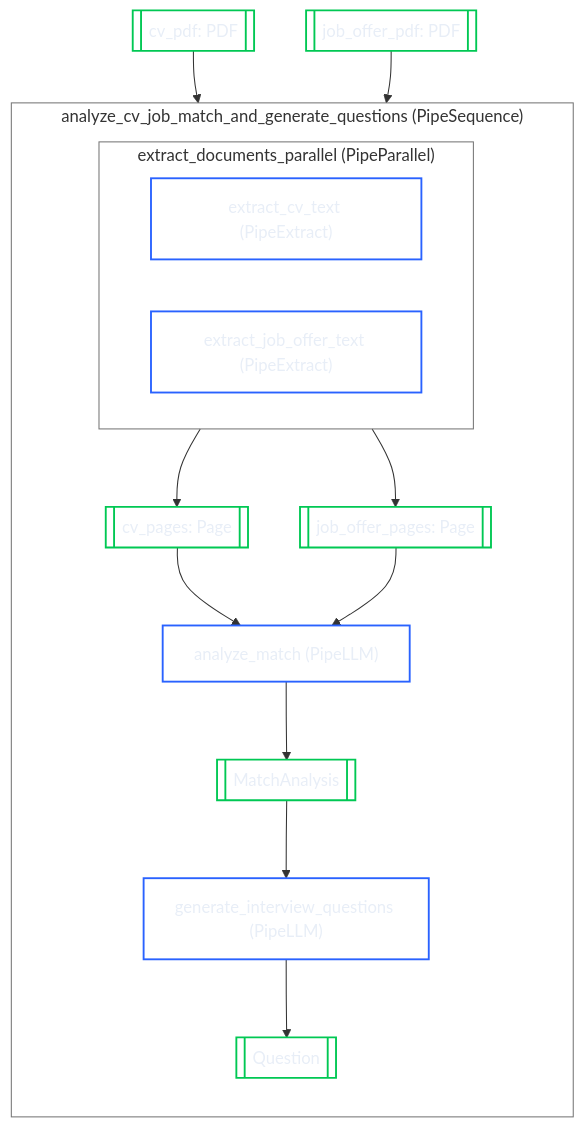
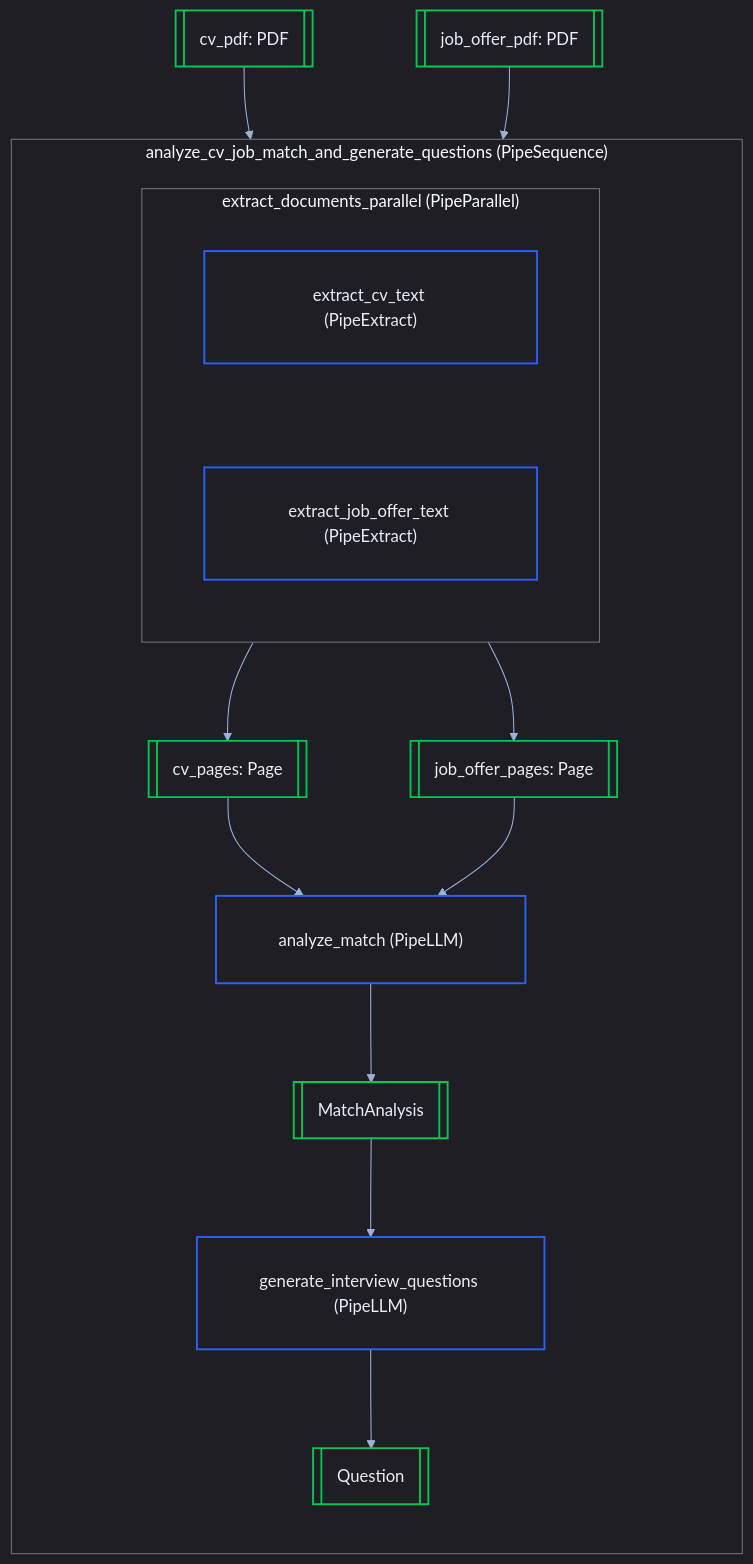
One commit to Pipelex/pipelex changed the diagram in README.md. Above: the diagram before and after it, drawn with Mermaid.

Commit message:
Mermaid style

````diff
--- a/README.md
+++ b/README.md
@@ -224,40 +224,53 @@
 ```mermaid
+---
+config:
+  theme: dark
+  themeVariables:
+    background: transparent
+    primaryTextColor: '#E8EEF7'
+    lineColor: '#9BB3D7'
+    fontFamily: ''
+  flowchart:
+    nodeSpacing: 100     # horizontal spacing between nodes
+    rankSpacing: 70     # vertical spacing between ranks
+    padding: 30   
+---
 flowchart TD
  subgraph PAR["extract_documents_parallel (PipeParallel)"]
     direction LR
         EXTRACT_CV["extract_cv_text (PipeExtract)"]
         EXTRACT_JOB["extract_job_offer_text (PipeExtract)"]
   end
  subgraph MAIN["analyze_cv_job_match_and_generate_questions (PipeSequence)"]
     direction TB
         PAR
         CV_PAGES[["cv_pages: Page"]]
         JOB_PAGES[["job_offer_pages: Page"]]
         ANALYZE["analyze_match (PipeLLM)"]
         MATCH[["MatchAnalysis"]]
         GENERATE["generate_interview_questions (PipeLLM)"]
         OUT[["Question"]]
   end
     CV_IN[["cv_pdf: PDF"]] --> EXTRACT_CV
     JOB_IN[["job_offer_pdf: PDF"]] --> EXTRACT_JOB
     EXTRACT_CV --> CV_PAGES
     EXTRACT_JOB --> JOB_PAGES
     CV_PAGES --> ANALYZE
     JOB_PAGES --> ANALYZE
     ANALYZE --> MATCH
     MATCH --> GENERATE
     GENERATE --> OUT
     classDef default stroke:#8AB4F8,stroke-width:1.8px,fill-opacity:0,color:#E8EEF7
     style EXTRACT_CV stroke:#2962FF
     style EXTRACT_JOB stroke:#2962FF
     style PAR fill:transparent,stroke:#757575
     style CV_PAGES stroke:#00C853
     style JOB_PAGES stroke:#00C853
     style ANALYZE stroke:#2962FF
     style MATCH stroke:#00C853
     style GENERATE stroke:#2962FF
     style OUT stroke:#00C853
     style CV_IN stroke:#00C853
     style JOB_IN stroke:#00C853
     style MAIN fill:transparent,stroke:#757575
 ```
````
